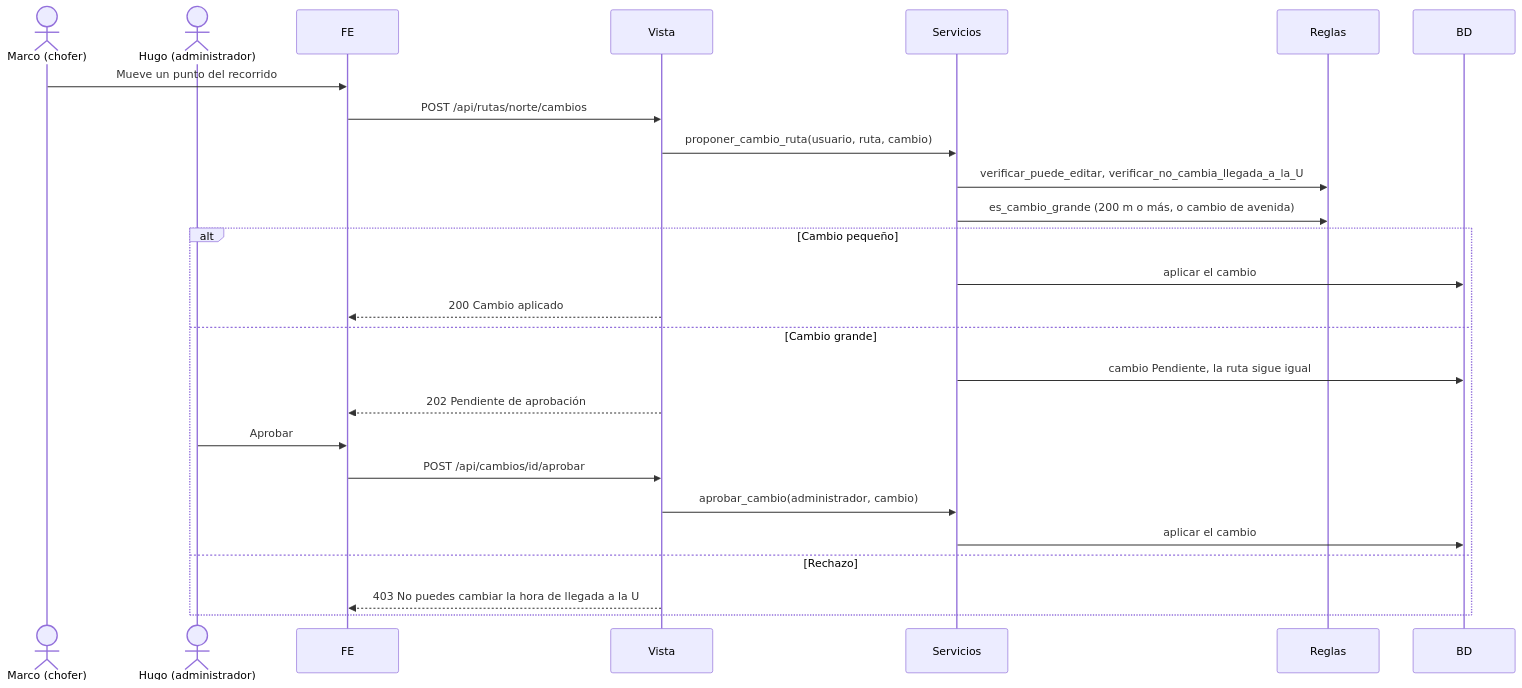
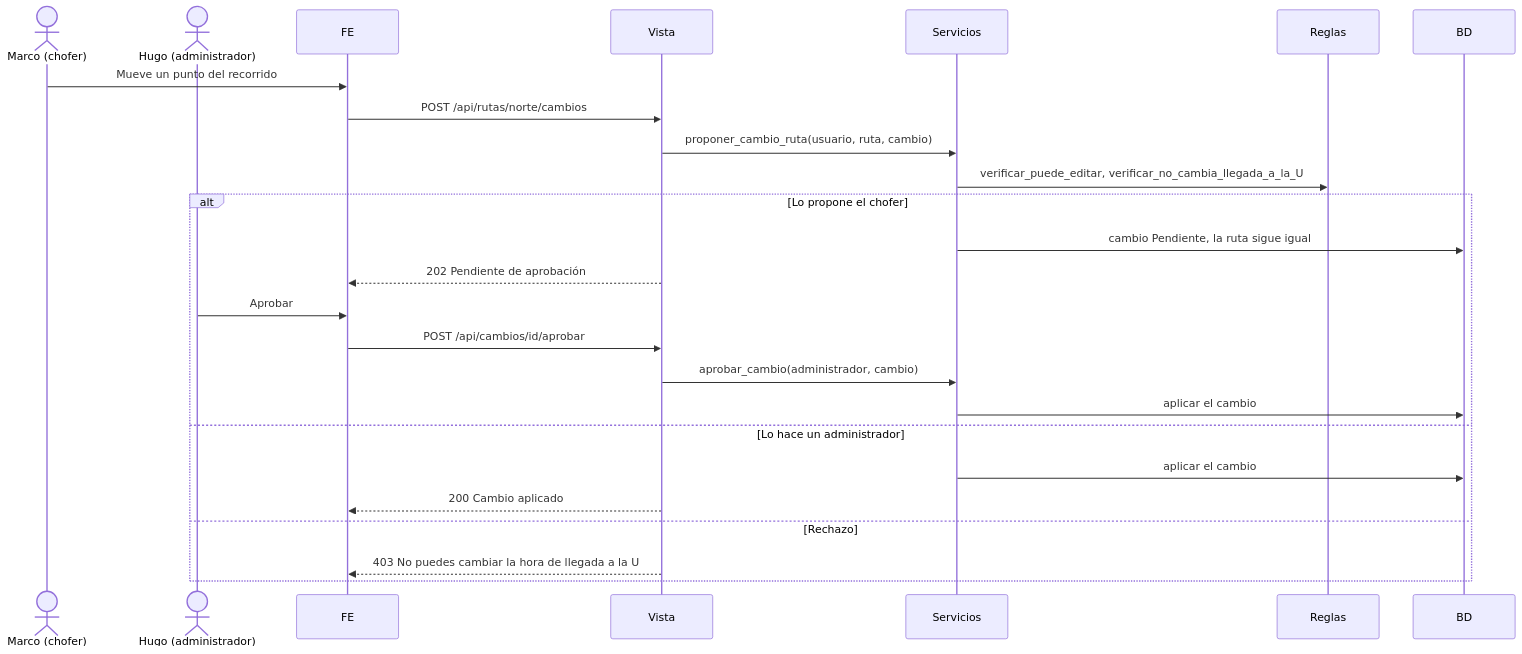
Before and after one commit to hugozuniga770/UPBus: diagram 16 of 19 in docs/diagramas-secuencia.md, drawn with Mermaid. The commit also changed other lines of this file and 8 other files, not shown here.

````diff
--- a/docs/diagramas-secuencia.md
+++ b/docs/diagramas-secuencia.md
@@ -416,28 +451,27 @@
 ```mermaid
 sequenceDiagram
     actor C as Marco (chofer)
     actor A as Hugo (administrador)
     participant FE
     participant V as Vista
     participant S as Servicios
     participant R as Reglas
     participant B as BD
     C->>FE: Mueve un punto del recorrido
     FE->>V: POST /api/rutas/norte/cambios
     V->>S: proponer_cambio_ruta(usuario, ruta, cambio)
     S->>R: verificar_puede_editar, verificar_no_cambia_llegada_a_la_U
-    S->>R: es_cambio_grande (200 m o más, o cambio de avenida)
-    alt Cambio pequeño
-        S->>B: aplicar el cambio
-        V-->>FE: 200 Cambio aplicado
-    else Cambio grande
+    alt Lo propone el chofer
         S->>B: cambio Pendiente, la ruta sigue igual
         V-->>FE: 202 Pendiente de aprobación
         A->>FE: Aprobar
         FE->>V: POST /api/cambios/id/aprobar
         V->>S: aprobar_cambio(administrador, cambio)
         S->>B: aplicar el cambio
+    else Lo hace un administrador
+        S->>B: aplicar el cambio
+        V-->>FE: 200 Cambio aplicado
     else Rechazo
         V-->>FE: 403 No puedes cambiar la hora de llegada a la U
     end
 ```
````
